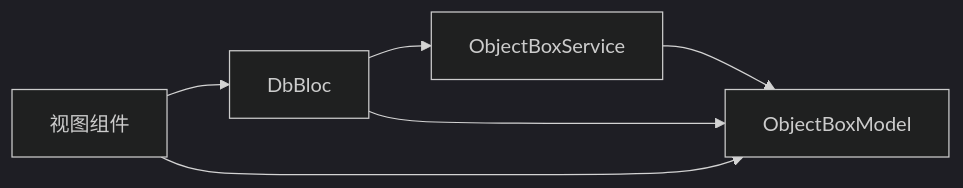
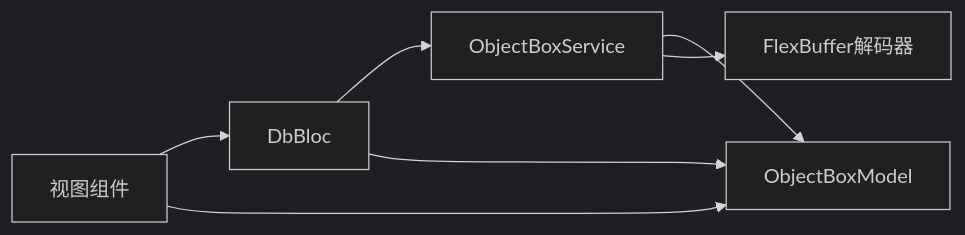
One commit to kongpf8848/objectbox_viewer changed the eighth of 8 diagrams in .qoder/repowiki/zh/content/核心功能/核心功能.md. Above: the diagram before and after it, drawn with Mermaid (dark theme). The commit also changed other lines of this file and 9 other files, not shown here.

````diff
--- a/.qoder/repowiki/zh/content/核心功能/核心功能.md
+++ b/.qoder/repowiki/zh/content/核心功能/核心功能.md
@@ -302,8 +375,9 @@
 ```mermaid
 graph LR
 UI["视图组件"] --> BLoC["DbBloc"]
 BLoC --> Service["ObjectBoxService"]
 Service --> Model["ObjectBoxModel"]
+Service --> FlexDecoder["FlexBuffer解码器"]
 UI --> Model
 BLoC --> Model
 ```
````
